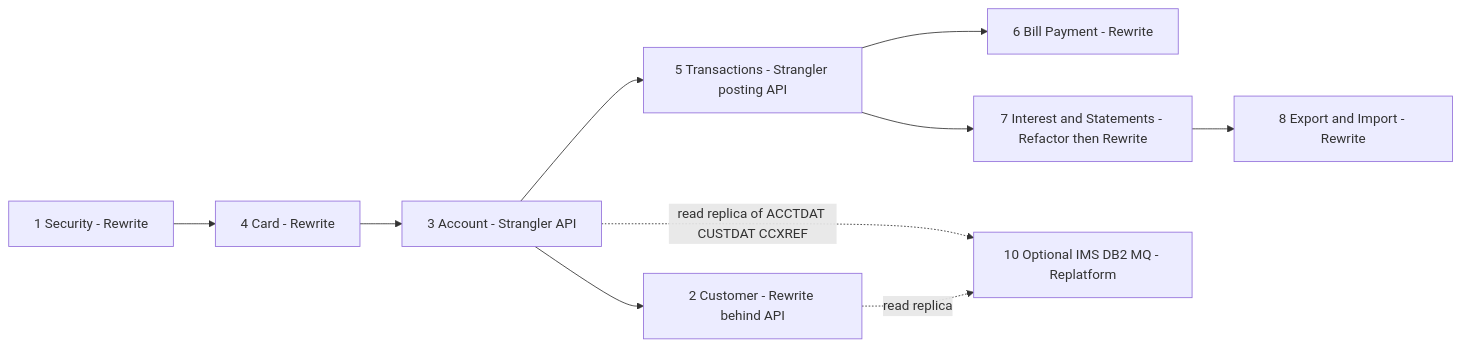
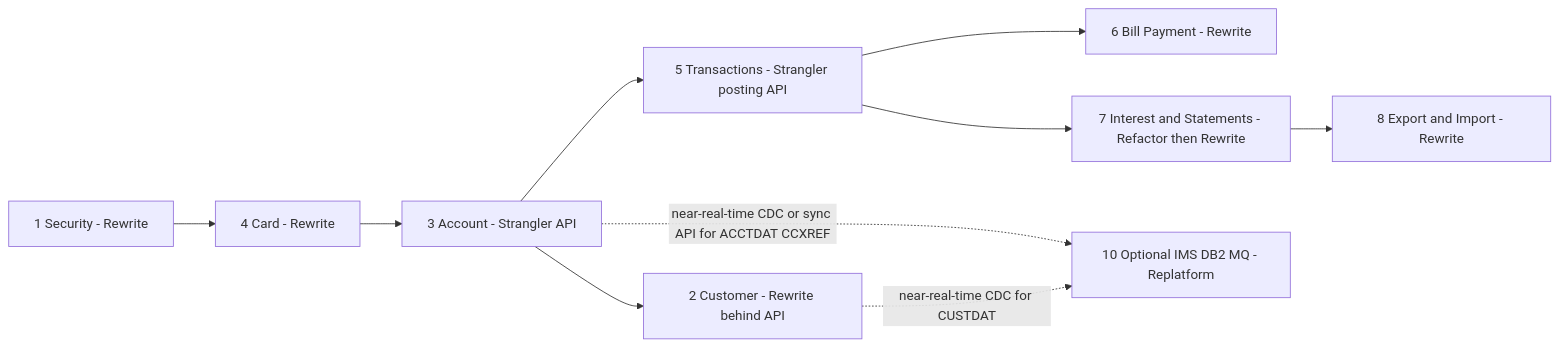
The diagram in MODERNIZATION_BLUEPRINT.md (codev-workshops/uc-legacy-modernization-cobol-to-java), drawn with Mermaid before and after one commit. The commit also changed other lines of this file, not shown here.

Commit message:
docs(blueprint): require near-real-time replication or sync API for optional-module core reads

````diff
--- a/MODERNIZATION_BLUEPRINT.md
+++ b/MODERNIZATION_BLUEPRINT.md
@@ -161,12 +161,12 @@
 ```mermaid
 flowchart LR
   S["1 Security - Rewrite"] --> C["4 Card - Rewrite"]
   C --> A["3 Account - Strangler API"]
   A --> CU["2 Customer - Rewrite behind API"]
   A --> T["5 Transactions - Strangler posting API"]
   T --> B["6 Bill Payment - Rewrite"]
   T --> I["7 Interest and Statements - Refactor then Rewrite"]
   I --> E["8 Export and Import - Rewrite"]
-  A -. "read replica of ACCTDAT CUSTDAT CCXREF" .-> O["10 Optional IMS DB2 MQ - Replatform"]
-  CU -. "read replica" .-> O
+  A -. "near-real-time CDC or sync API for ACCTDAT CCXREF" .-> O["10 Optional IMS DB2 MQ - Replatform"]
+  CU -. "near-real-time CDC for CUSTDAT" .-> O
 ```
````
